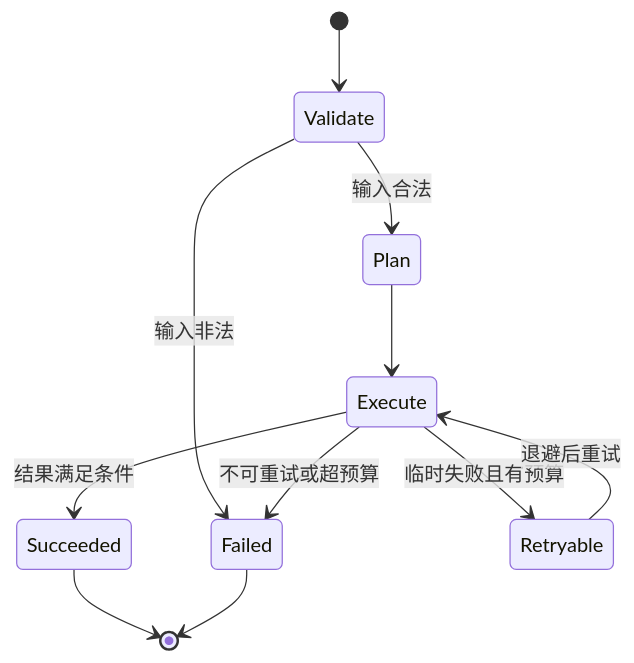
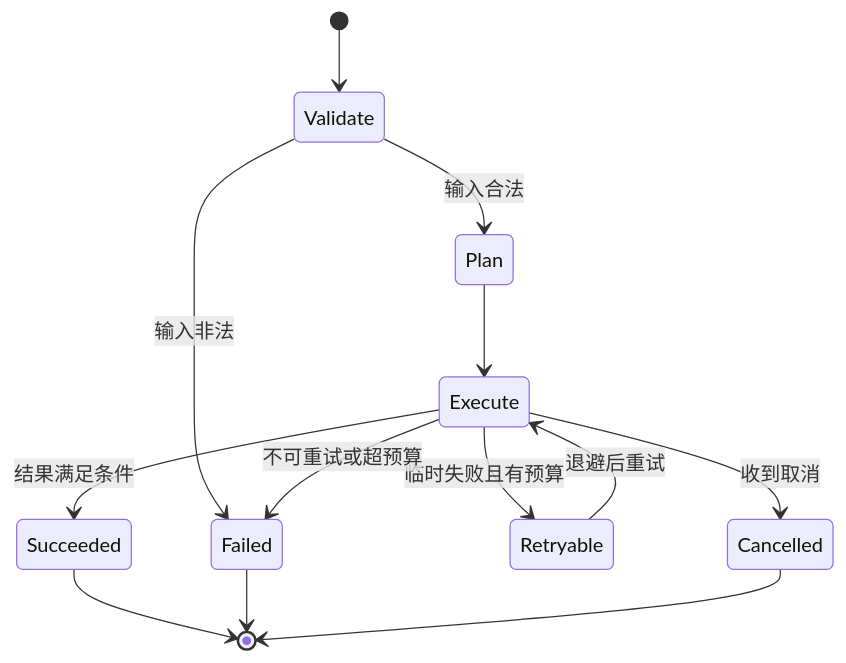
One commit to clint-sfy/clintsfy.github.io changed the diagram in docs/courses/agent/09-工作流规划与多Agent/01-Workflow与状态机.md. Above: the diagram before and after it, drawn with Mermaid. The commit also changed other lines of this file and 4 other files, not shown here.

````diff
--- a/docs/courses/agent/09-工作流规划与多Agent/01-Workflow与状态机.md
+++ b/docs/courses/agent/09-工作流规划与多Agent/01-Workflow与状态机.md
@@ -42,13 +42,15 @@
 ```mermaid
 stateDiagram-v2
     [*] --> Validate
     Validate --> Plan: 输入合法
     Validate --> Failed: 输入非法
     Plan --> Execute
     Execute --> Succeeded: 结果满足条件
     Execute --> Retryable: 临时失败且有预算
+    Execute --> Cancelled: 收到取消
     Retryable --> Execute: 退避后重试
     Execute --> Failed: 不可重试或超预算
     Succeeded --> [*]
     Failed --> [*]
+    Cancelled --> [*]
 ```
````
